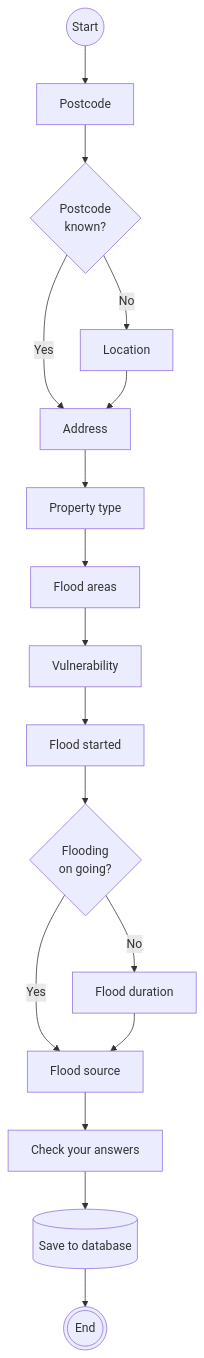
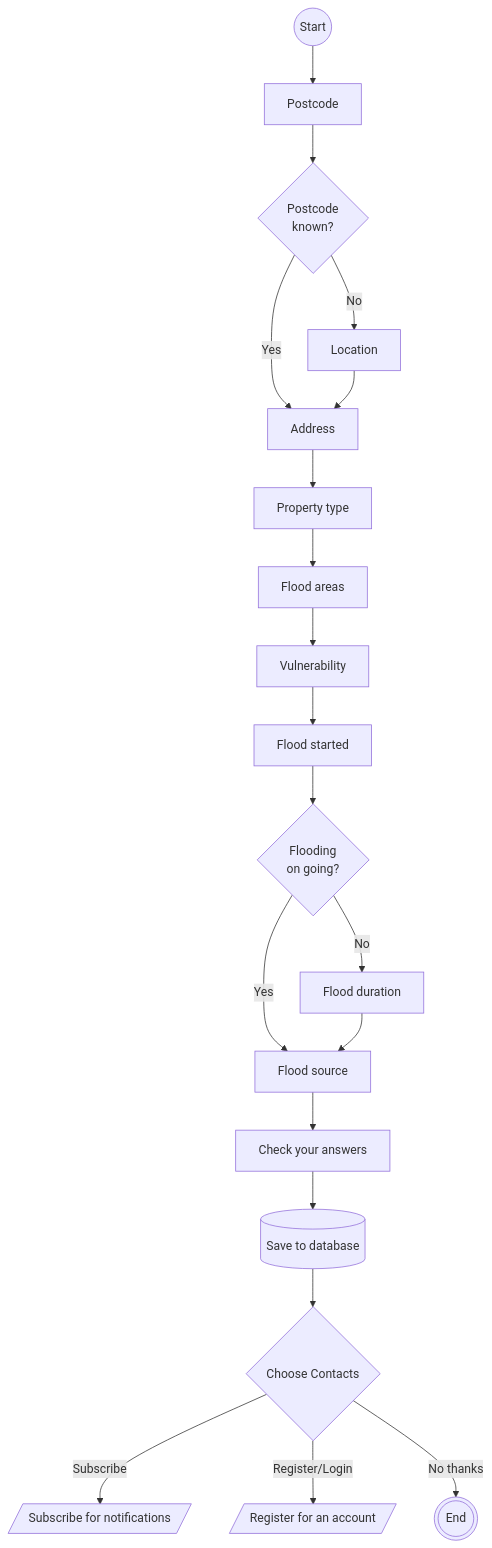
The diagram in docs/flows/create_flood_report.md (Dorset-Council-UK/FloodOnlineReportingTool.Public), drawn with Mermaid before and after one commit. The commit also changed other lines of this file and 1 other file, not shown here.

Commit message:
Updated flows to show onward journey

````diff
--- a/docs/flows/create_flood_report.md
+++ b/docs/flows/create_flood_report.md
@@ -3,19 +3,22 @@
 ```mermaid
 flowchart TB
     Index((Start)) --> Postcode
     Postcode --> PostcodeKnown{Postcode<br>known?}
     PostcodeKnown -- Yes --> Address
     PostcodeKnown -- No --> Location
     Location --> Address
     Address --> PropertyType[Property type]
     PropertyType --> FloodAreas[Flood areas]
     FloodAreas --> Vulnerability
     Vulnerability --> FloodStarted[Flood started]
     FloodStarted --> OngoingFlooding{Flooding<br>on going?}
     OngoingFlooding -- Yes --> FloodSource[Flood source]
     OngoingFlooding -- No --> FloodDuration[Flood duration]
     FloodDuration --> FloodSource
     FloodSource --> Summary[Check your answers]
     Summary --> Save[(Save to database)]
-    Save --> Confirmation((( End )))
+    Save --> Notifications{Choose Contacts}
+    Notifications -- Subscribe --> SubscribeFlow[/Subscribe for notifications/]
+    Notifications -- Register/Login --> RegistrationFlow[/Register for an account/]
+    Notifications -- No thanks --> Confirmation((( End )))
 ```
````
